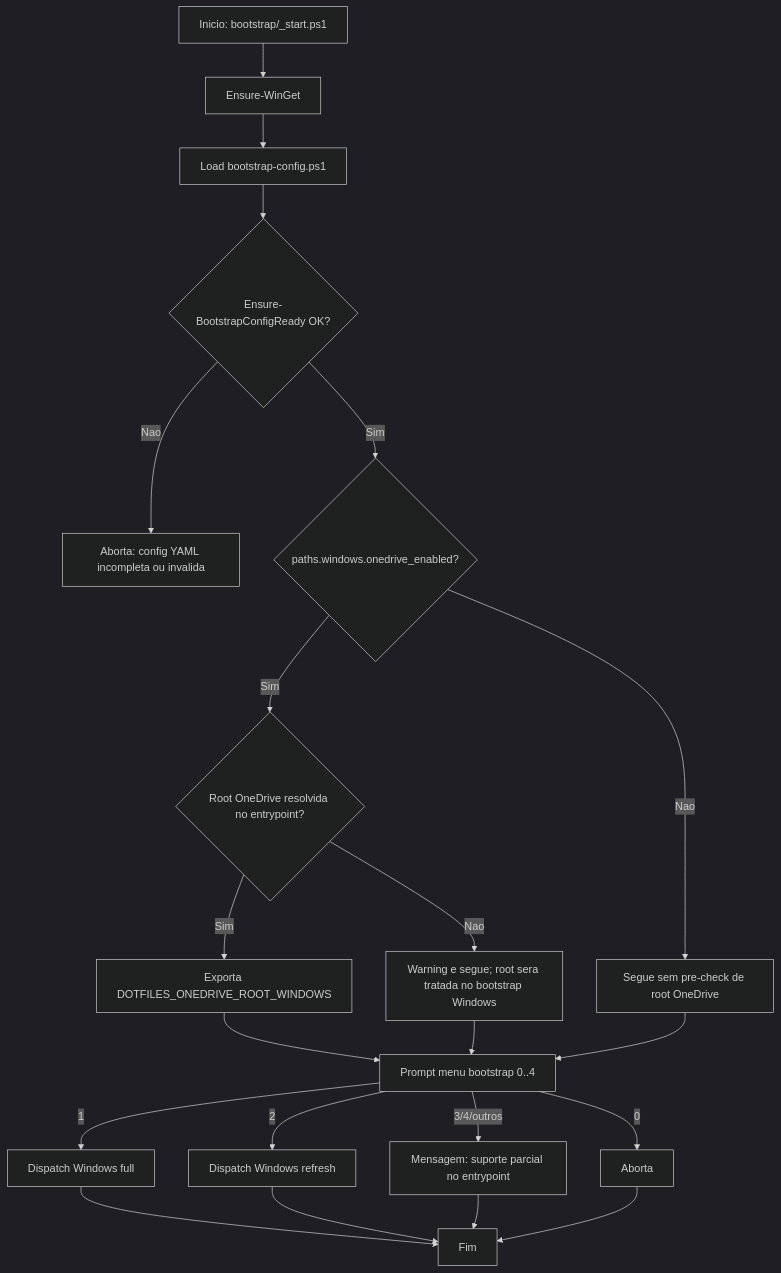
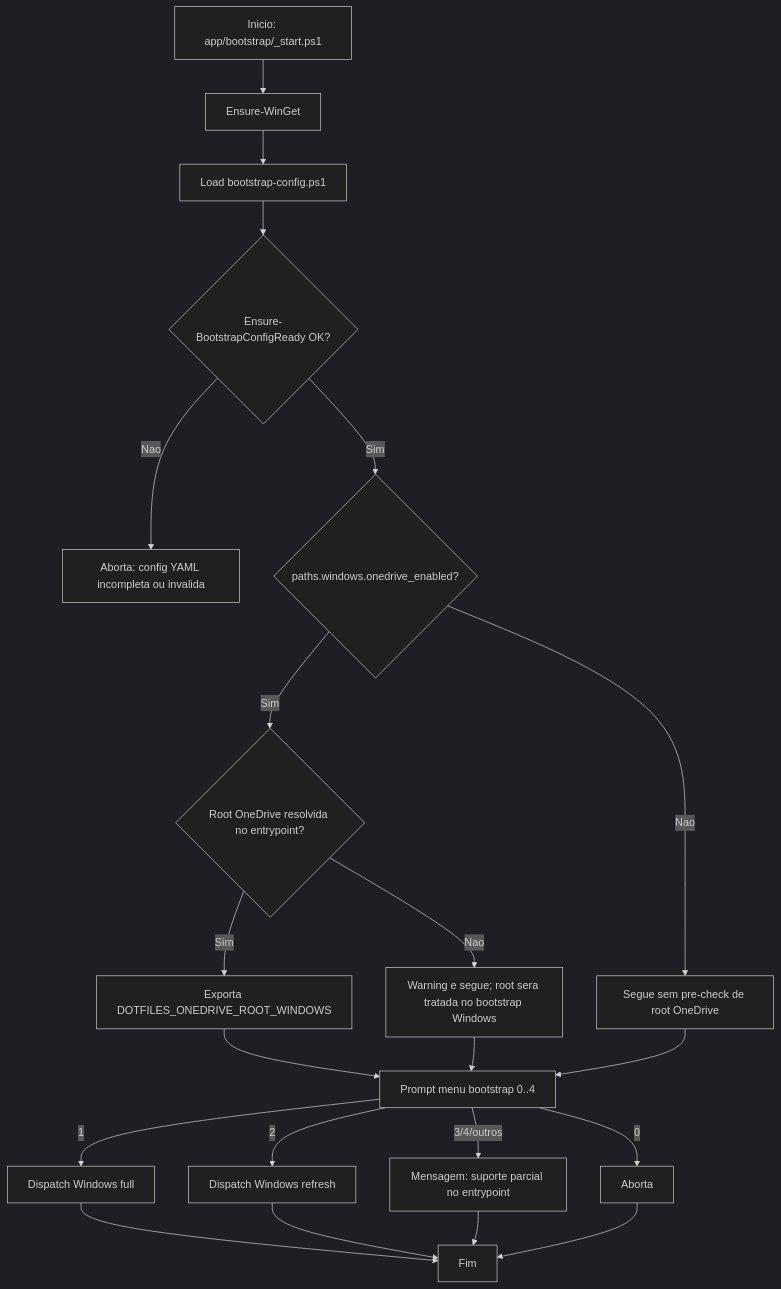
The first of 5 diagrams in docs/bootstrap-flow.md (pabloaugusto/dotfiles), drawn with Mermaid (dark theme) before and after one commit. The commit also changed other lines of this file and 307 other files, not shown here.

````diff
--- a/docs/bootstrap-flow.md
+++ b/docs/bootstrap-flow.md
@@ -35,23 +35,23 @@
 ```mermaid
 flowchart TD
-    A[Inicio: bootstrap/_start.ps1] --> B[Ensure-WinGet]
+    A[Inicio: app/bootstrap/_start.ps1] --> B[Ensure-WinGet]
     B --> C[Load bootstrap-config.ps1]
     C --> D{Ensure-BootstrapConfigReady OK?}
     D -- Nao --> D1[Aborta: config YAML incompleta ou invalida]
     D -- Sim --> E{paths.windows.onedrive_enabled?}
     E -- Sim --> F{Root OneDrive resolvida no entrypoint?}
     F -- Sim --> G[Exporta DOTFILES_ONEDRIVE_ROOT_WINDOWS]
     F -- Nao --> H[Warning e segue; root sera tratada no bootstrap Windows]
     E -- Nao --> I[Segue sem pre-check de root OneDrive]
     G --> J[Prompt menu bootstrap 0..4]
     H --> J
     I --> J
     J -- 0 --> K[Aborta]
     J -- 1 --> L[Dispatch Windows full]
     J -- 2 --> M[Dispatch Windows refresh]
     J -- 3/4/outros --> N[Mensagem: suporte parcial no entrypoint]
     L --> O[Fim]
     M --> O
     N --> O
     K --> O
 ```
````
